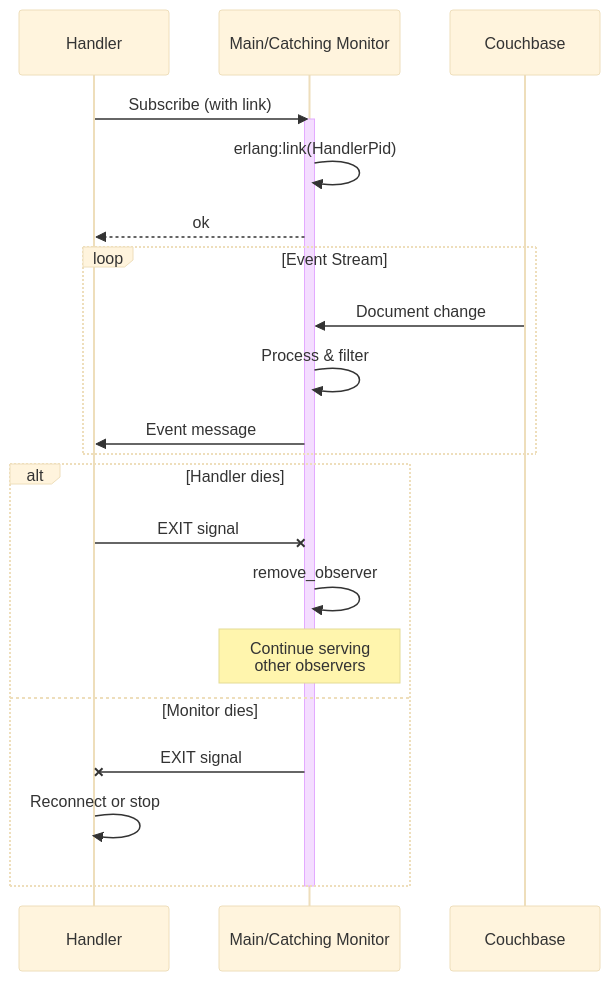
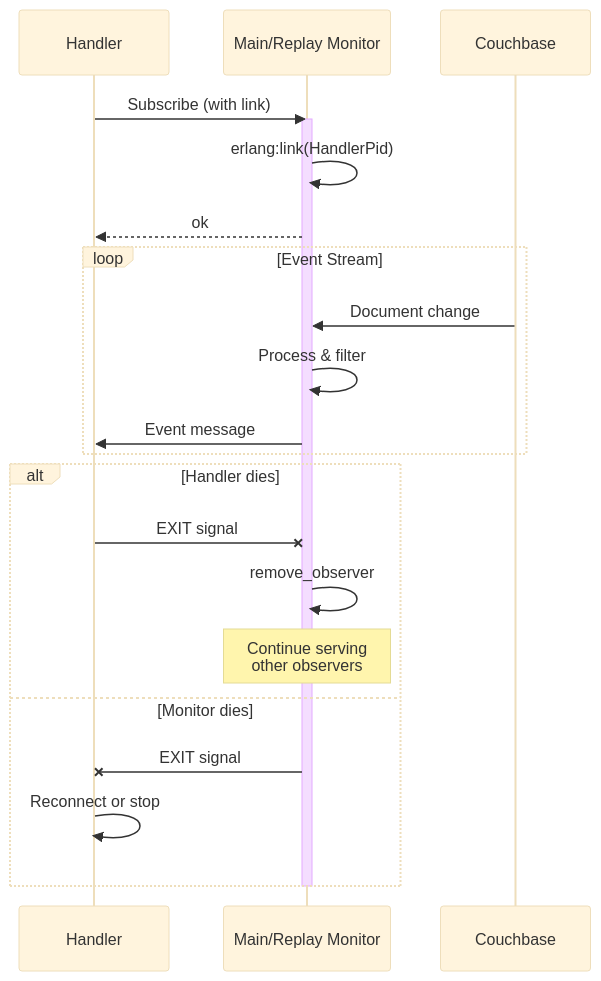
The third of 4 diagrams in doc/design/files_monitoring/architecture.md (onedata/op-worker), drawn with Mermaid (base theme) before and after one commit. The commit also changed other lines of this file and 12 other files, not shown here.

Commit message:
VFS-12887 Rename catching monitor to replay monitor

````diff
--- a/doc/design/files_monitoring/architecture.md
+++ b/doc/design/files_monitoring/architecture.md
@@ -241,28 +241,28 @@
 ```mermaid
 sequenceDiagram
     participant H as Handler
-    participant M as Main/Catching Monitor
+    participant M as Main/Replay Monitor
     participant DB as Couchbase
     
     H->>M: Subscribe (with link)
     activate M
     M->>M: erlang:link(HandlerPid)
     M-->>H: ok
     
     loop Event Stream
         DB->>M: Document change
         M->>M: Process & filter
         M->>H: Event message
     end
     
     alt Handler dies
         H-xM: EXIT signal
         M->>M: remove_observer
         Note over M: Continue serving<br/>other observers
     else Monitor dies
         M-xH: EXIT signal
         H->>H: Reconnect or stop
     end
     
     deactivate M
 ```
````
